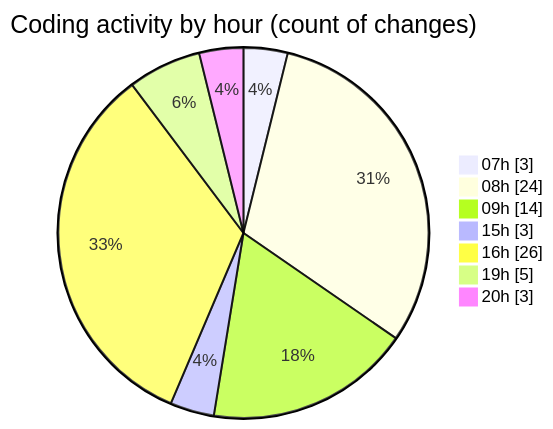
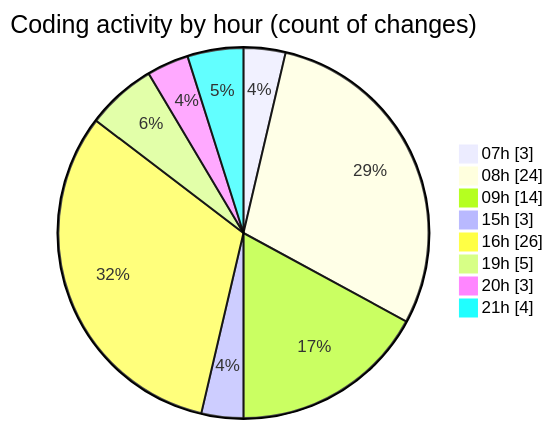
The second of 2 diagrams in 2025-05-07/myws__workspace_/README.md (MatusMokan/code-tracking), drawn with Mermaid before and after one commit. The commit also changed other lines of this file and 1 other file, not shown here.

````diff
--- a/2025-05-07/myws__workspace_/README.md
+++ b/2025-05-07/myws__workspace_/README.md
@@ -30,11 +30,12 @@
 ```mermaid
 pie showData
 title Coding activity by hour (count of changes)
 "07h" : 3
 "08h" : 24
 "09h" : 14
 "15h" : 3
 "16h" : 26
 "19h" : 5
 "20h" : 3
+"21h" : 4
 ```
````
